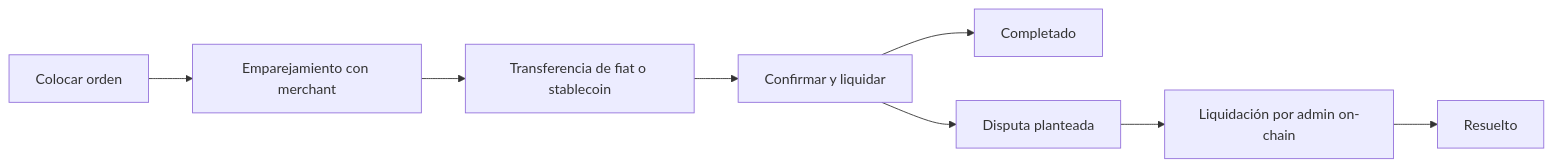
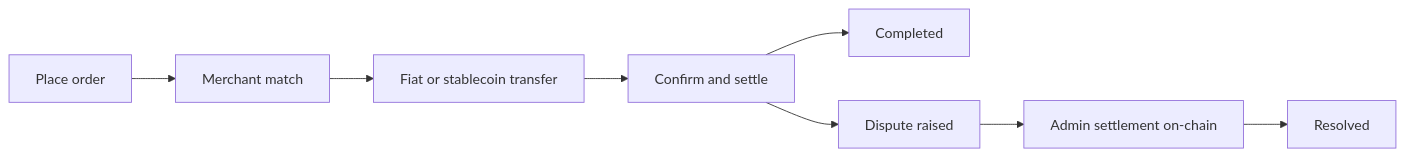
Before and after one commit to uditstocks/docs.p2pdotme: the diagram in translations/es/whitepaper/03-3-system-overview.md, drawn with Mermaid. The commit also changed other lines of this file and 263 other files, not shown here.

````diff
--- a/translations/es/whitepaper/03-3-system-overview.md
+++ b/translations/es/whitepaper/03-3-system-overview.md
@@ -37,10 +37,10 @@
 ```mermaid
 flowchart LR
-    place[Colocar orden] --> match[Emparejamiento con merchant]
-    match --> transfer[Transferencia de fiat o stablecoin]
-    transfer --> confirm[Confirmar y liquidar]
-    confirm --> done[Completado]
-    confirm --> dispute[Disputa planteada]
-    dispute --> adminSettle[Liquidación por admin on-chain]
-    adminSettle --> resolved[Resuelto]
+    place[Place order] --> match[Merchant match]
+    match --> transfer[Fiat or stablecoin transfer]
+    transfer --> confirm[Confirm and settle]
+    confirm --> done[Completed]
+    confirm --> dispute[Dispute raised]
+    dispute --> adminSettle[Admin settlement on-chain]
+    adminSettle --> resolved[Resolved]
 ```
````
